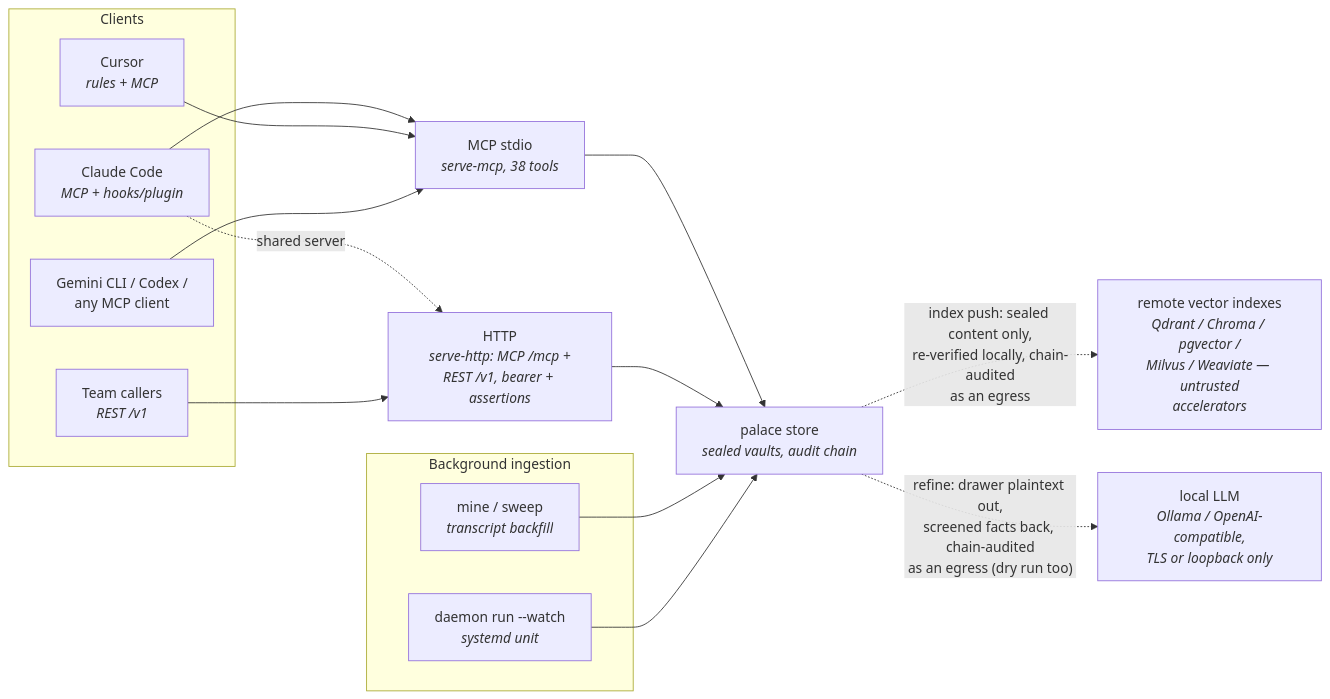
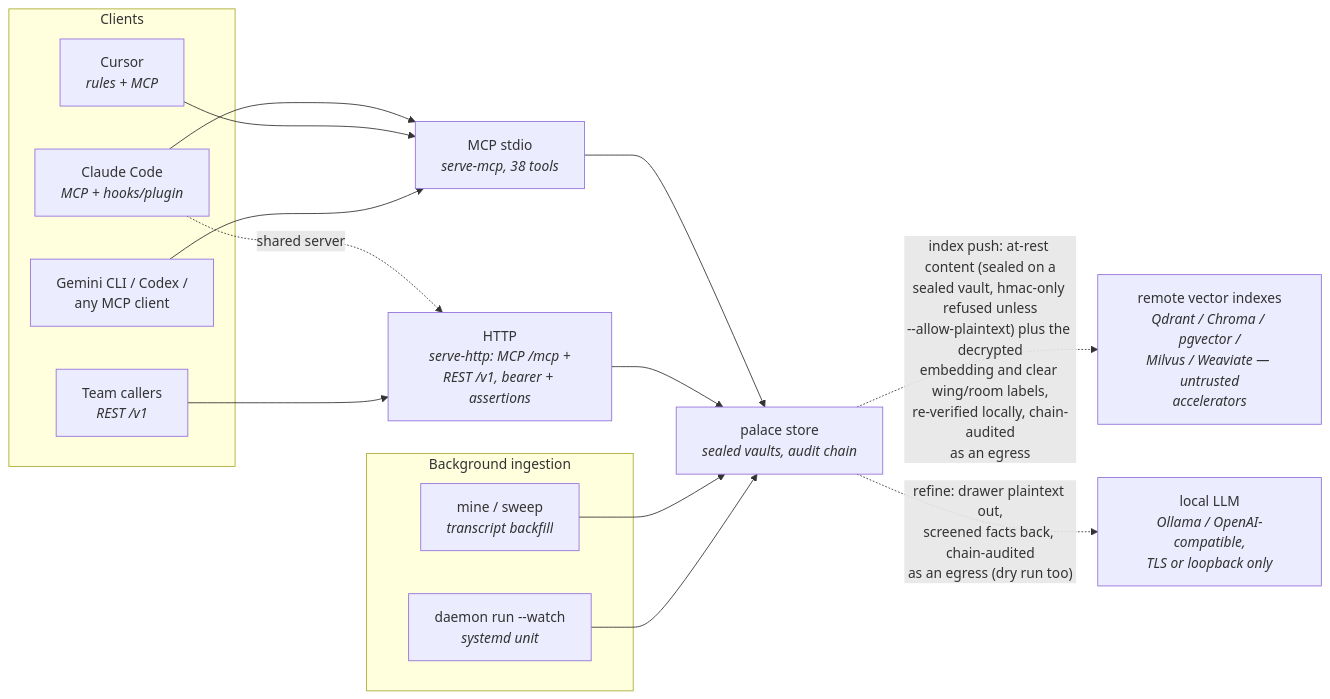
The diagram in docs/integrations.md (sealcroft/undercroft), drawn with Mermaid before and after one commit. The commit also changed 93 other files, not shown here.

````diff
--- a/docs/integrations.md
+++ b/docs/integrations.md
@@ -11,24 +11,24 @@
 ```mermaid
 flowchart LR
     subgraph clients["Clients"]
         cc["Claude Code<br/><i>MCP + hooks/plugin</i>"]
         cur["Cursor<br/><i>rules + MCP</i>"]
         gem["Gemini CLI / Codex /<br/>any MCP client"]
         team["Team callers<br/><i>REST /v1</i>"]
     end
     subgraph ingest["Background ingestion"]
         mine["mine / sweep<br/><i>transcript backfill</i>"]
         daemon["daemon run --watch<br/><i>systemd unit</i>"]
     end
     cc --> mcp["MCP stdio<br/><i>serve-mcp, 38 tools</i>"]
     cur --> mcp
     gem --> mcp
     cc -. "shared server" .-> http["HTTP<br/><i>serve-http: MCP /mcp +<br/>REST /v1, bearer + assertions</i>"]
     team --> http
     mcp --> store["palace store<br/><i>sealed vaults, audit chain</i>"]
     http --> store
     mine --> store
     daemon --> store
-    store -. "index push: sealed content only,<br/>re-verified locally, chain-audited<br/>as an egress" .-> remote["remote vector indexes<br/><i>Qdrant / Chroma / pgvector /<br/>Milvus / Weaviate — untrusted<br/>accelerators</i>"]
+    store -. "index push: at-rest content (sealed on a<br/>sealed vault, hmac-only refused unless<br/>--allow-plaintext) plus the decrypted<br/>embedding and clear wing/room labels,<br/>re-verified locally, chain-audited<br/>as an egress" .-> remote["remote vector indexes<br/><i>Qdrant / Chroma / pgvector /<br/>Milvus / Weaviate — untrusted<br/>accelerators</i>"]
     store -. "refine: drawer plaintext out,<br/>screened facts back, chain-audited<br/>as an egress (dry run too)" .-> llmx["local LLM<br/><i>Ollama / OpenAI-compatible,<br/>TLS or loopback only</i>"]
 ```
````
